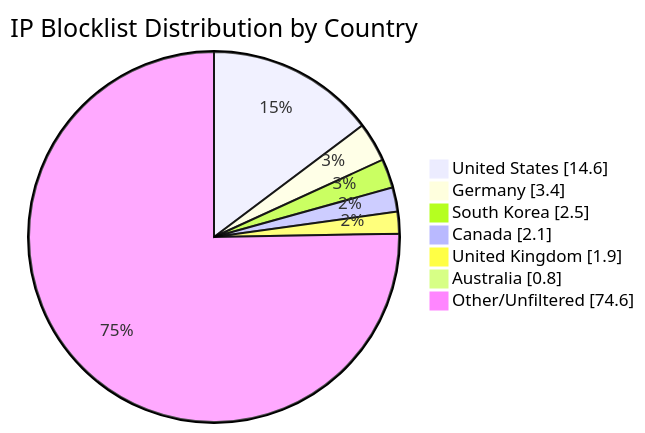
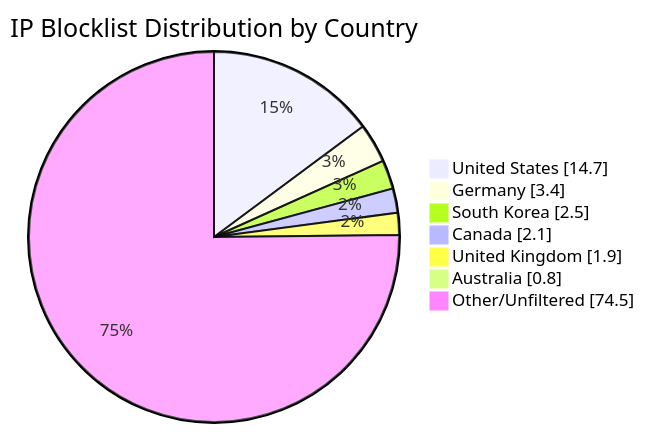
The diagram in README.md (MarcusHoltz/ipblocklist-geofiltered-aggregator), drawn with Mermaid before and after one commit. The commit also changed other lines of this file and 9 other files, not shown here.

````diff
--- a/README.md
+++ b/README.md
@@ -34,10 +34,10 @@
 ```mermaid
 pie showData title IP Blocklist Distribution by Country
-"United States" : 14.6
+"United States" : 14.7
 "Germany" : 3.4
 "South Korea" : 2.5
 "Canada" : 2.1
 "United Kingdom" : 1.9
 "Australia" : 0.8
-"Other/Unfiltered" : 74.6
+"Other/Unfiltered" : 74.5
 ```
````
